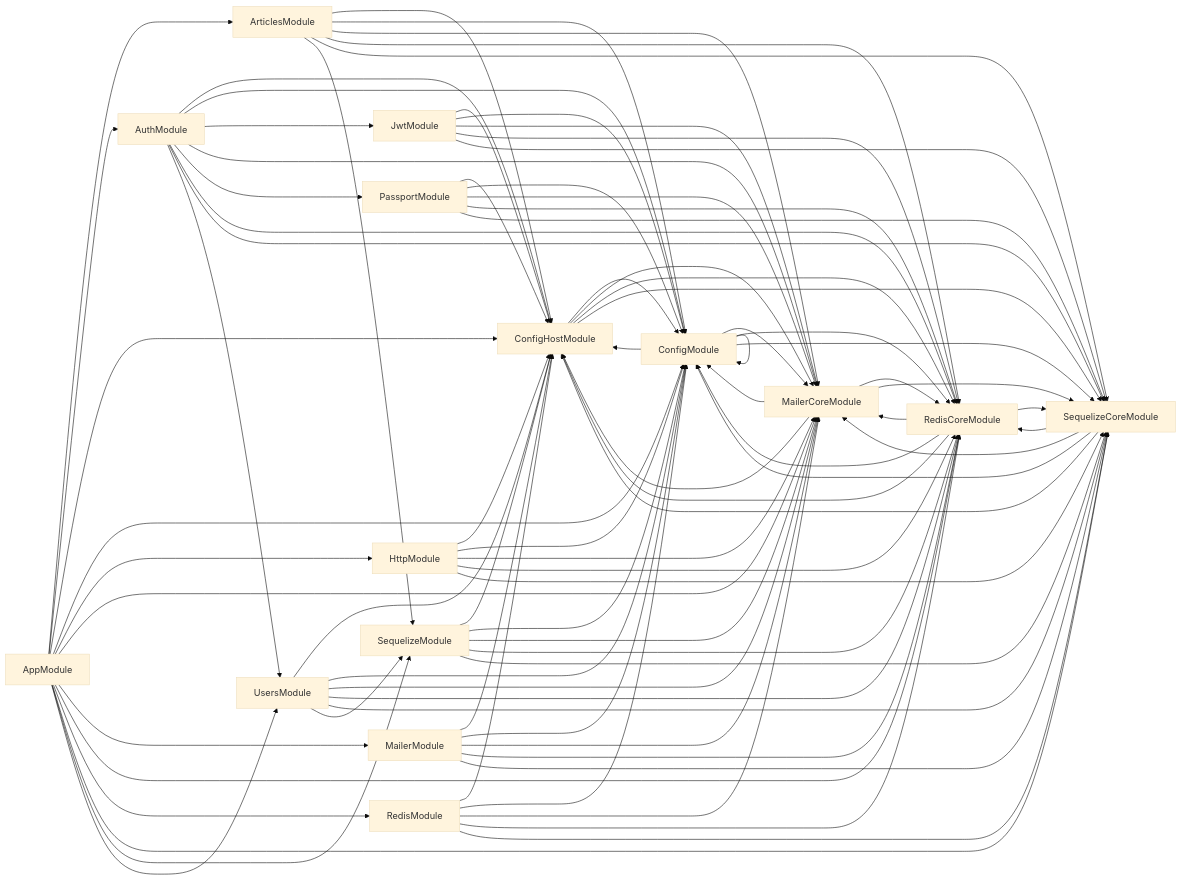
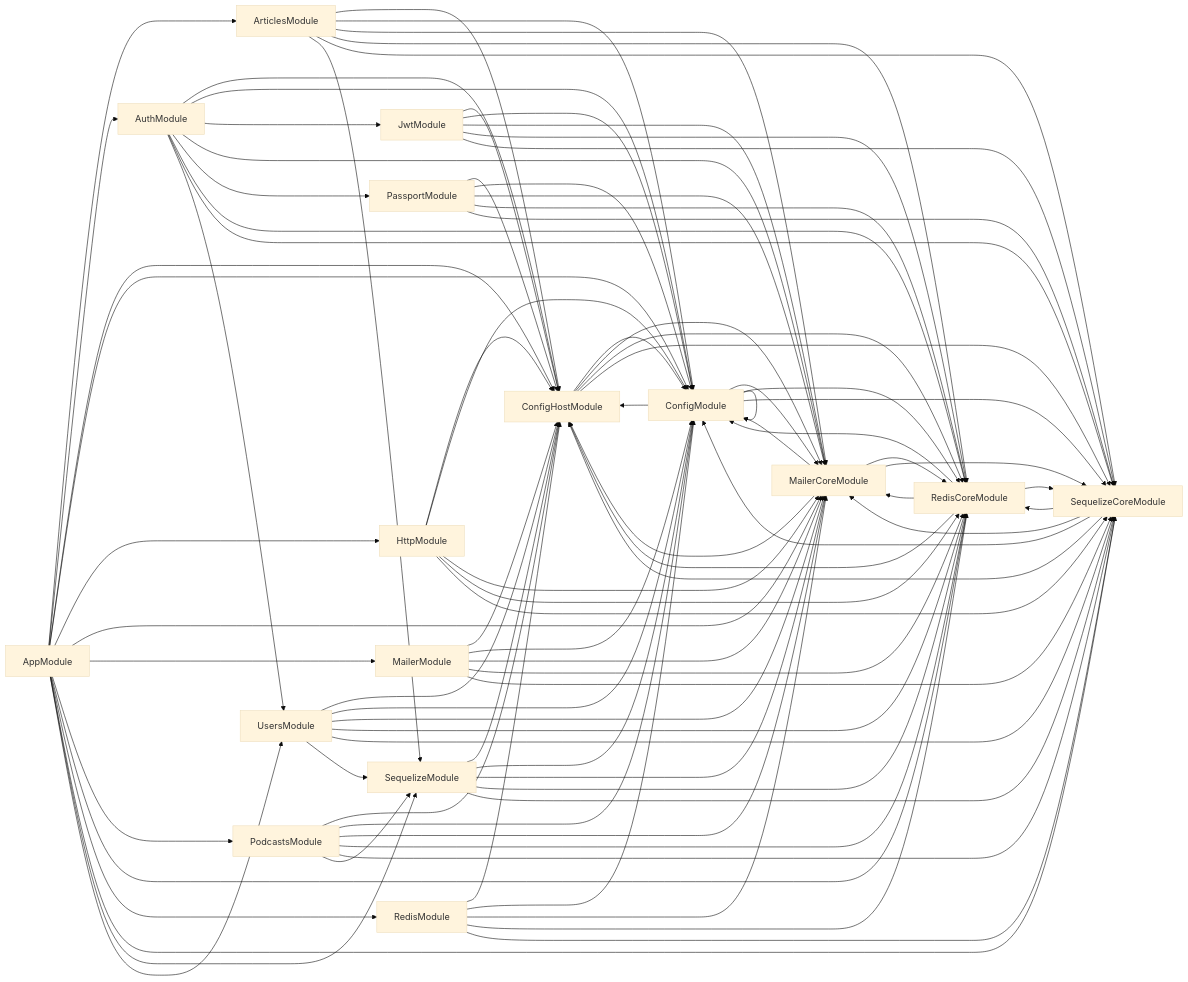
One commit to ntkwan/newsify changed the diagram in backend/deps.mermaid. Above: the diagram before and after it, drawn with Mermaid (base theme). The commit also changed 10 other files, not shown here.

```diff
--- a/backend/deps.mermaid
+++ b/backend/deps.mermaid
@@ -1,84 +1,91 @@
 graph LR
     AppModule-->ArticlesModule
   AppModule-->AuthModule
   AppModule-->ConfigHostModule
   AppModule-->ConfigModule
   AppModule-->HttpModule
   AppModule-->MailerCoreModule
   AppModule-->MailerModule
+  AppModule-->PodcastsModule
   AppModule-->RedisCoreModule
   AppModule-->RedisModule
   AppModule-->SequelizeCoreModule
   AppModule-->SequelizeModule
   AppModule-->UsersModule
   ArticlesModule-->ConfigHostModule
   ArticlesModule-->ConfigModule
   ArticlesModule-->MailerCoreModule
   ArticlesModule-->RedisCoreModule
   ArticlesModule-->SequelizeCoreModule
   ArticlesModule-->SequelizeModule
   AuthModule-->ConfigHostModule
   AuthModule-->ConfigModule
   AuthModule-->JwtModule
   AuthModule-->MailerCoreModule
   AuthModule-->PassportModule
   AuthModule-->RedisCoreModule
   AuthModule-->SequelizeCoreModule
   AuthModule-->UsersModule
   ConfigHostModule-->ConfigModule
   ConfigHostModule-->MailerCoreModule
   ConfigHostModule-->RedisCoreModule
   ConfigHostModule-->SequelizeCoreModule
   ConfigModule-->ConfigHostModule
   ConfigModule-->ConfigModule
   ConfigModule-->MailerCoreModule
   ConfigModule-->RedisCoreModule
   ConfigModule-->SequelizeCoreModule
   HttpModule-->ConfigHostModule
   HttpModule-->ConfigModule
   HttpModule-->MailerCoreModule
   HttpModule-->RedisCoreModule
   HttpModule-->SequelizeCoreModule
   JwtModule-->ConfigHostModule
   JwtModule-->ConfigModule
   JwtModule-->MailerCoreModule
   JwtModule-->RedisCoreModule
   JwtModule-->SequelizeCoreModule
   MailerCoreModule-->ConfigHostModule
   MailerCoreModule-->ConfigModule
   MailerCoreModule-->RedisCoreModule
   MailerCoreModule-->SequelizeCoreModule
   MailerModule-->ConfigHostModule
   MailerModule-->ConfigModule
   MailerModule-->MailerCoreModule
   MailerModule-->RedisCoreModule
   MailerModule-->SequelizeCoreModule
   PassportModule-->ConfigHostModule
   PassportModule-->ConfigModule
   PassportModule-->MailerCoreModule
   PassportModule-->RedisCoreModule
   PassportModule-->SequelizeCoreModule
+  PodcastsModule-->ConfigHostModule
+  PodcastsModule-->ConfigModule
+  PodcastsModule-->MailerCoreModule
+  PodcastsModule-->RedisCoreModule
+  PodcastsModule-->SequelizeCoreModule
+  PodcastsModule-->SequelizeModule
   RedisCoreModule-->ConfigHostModule
   RedisCoreModule-->ConfigModule
   RedisCoreModule-->MailerCoreModule
   RedisCoreModule-->SequelizeCoreModule
   RedisModule-->ConfigHostModule
   RedisModule-->ConfigModule
   RedisModule-->MailerCoreModule
   RedisModule-->RedisCoreModule
   RedisModule-->SequelizeCoreModule
   SequelizeCoreModule-->ConfigHostModule
   SequelizeCoreModule-->ConfigModule
   SequelizeCoreModule-->MailerCoreModule
   SequelizeCoreModule-->RedisCoreModule
   SequelizeModule-->ConfigHostModule
   SequelizeModule-->ConfigModule
   SequelizeModule-->MailerCoreModule
   SequelizeModule-->RedisCoreModule
   SequelizeModule-->SequelizeCoreModule
   UsersModule-->ConfigHostModule
   UsersModule-->ConfigModule
   UsersModule-->MailerCoreModule
   UsersModule-->RedisCoreModule
   UsersModule-->SequelizeCoreModule
   UsersModule-->SequelizeModule
```
